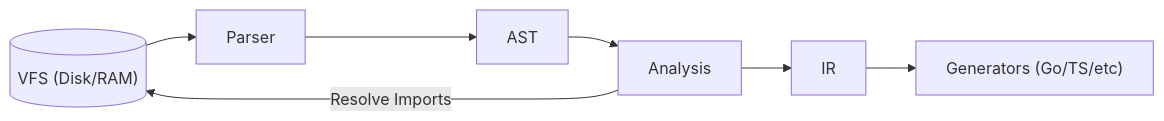
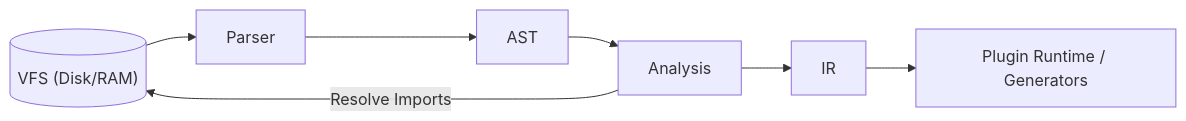
The diagram in toolchain/internal/core/README.md (varavelio/vdl), drawn with Mermaid before and after one commit. The commit also changed other lines of this file, not shown here.

````diff
--- a/toolchain/internal/core/README.md
+++ b/toolchain/internal/core/README.md
@@ -11,9 +11,9 @@
 ```mermaid
 flowchart LR
   VFS[("VFS (Disk/RAM)")] --> Parser
   Parser --> AST
   AST --> Analysis
   Analysis -- "Resolve Imports" --> VFS
   Analysis --> IR
-  IR --> Generators["Generators (Go/TS/etc)"]
+  IR --> Generators["Plugin Runtime / Generators"]
 ```
````
